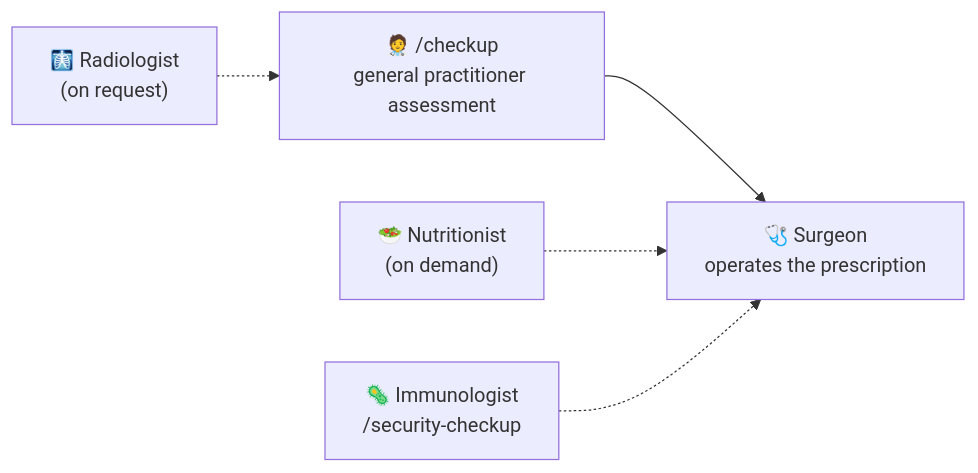
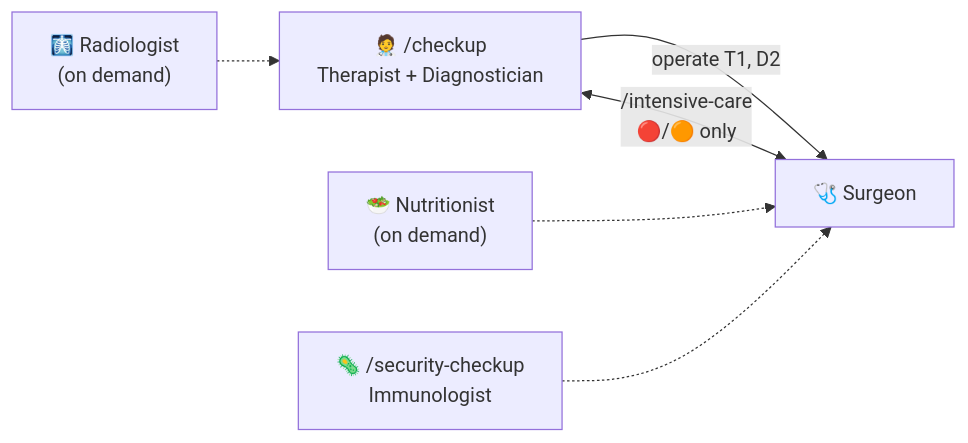
The diagram in README.md (alexandrerodenas/la-clinique-du-code), drawn with Mermaid before and after one commit. The commit also changed other lines of this file and 85 other files, not shown here.

````diff
--- a/README.md
+++ b/README.md
@@ -63,7 +65,8 @@
 ```mermaid
 flowchart LR
-R["🩻 Radiologist<br/>(on request)"] -.-> C["🧑‍⚕️ /checkup<br/>general practitioner assessment"]
-C --> S["🩺 Surgeon<br/>operates the prescription"]
+R["🩻 Radiologist<br/>(on demand)"] -.-> C["🧑‍⚕️ /checkup<br/>Therapist + Diagnostician"]
+C -->|"operate T1, D2"| S["🩺 Surgeon"]
 N["🥗 Nutritionist<br/>(on demand)"] -.-> S
-I["🦠 Immunologist<br/>/security-checkup"] -.-> S
+I["🦠 /security-checkup<br/>Immunologist"] -.-> S
+C <-->|"/intensive-care<br/>🔴/🟠 only"| S
 ```
````
